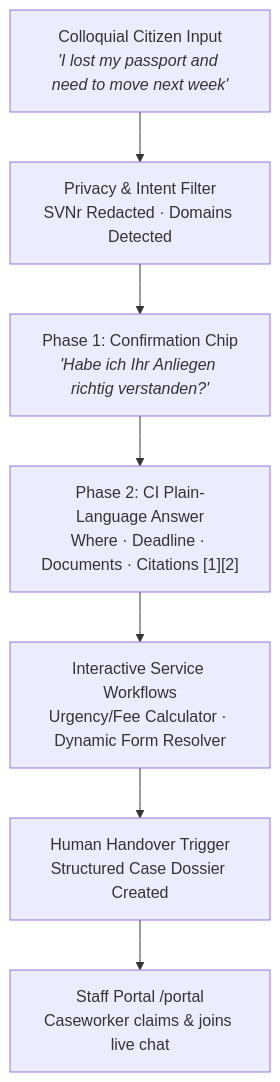
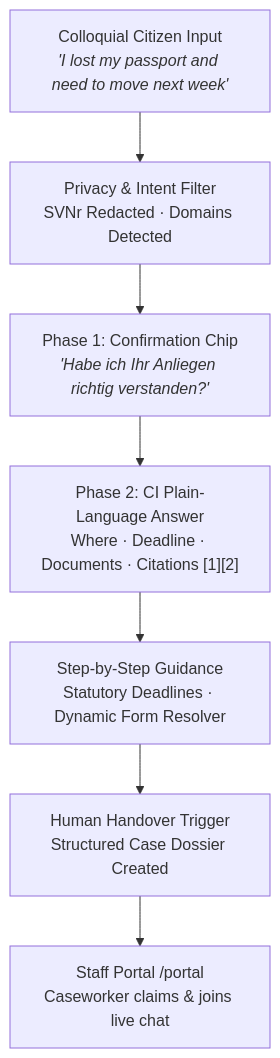
The diagram in readme.md (goigarg/competent), drawn with Mermaid before and after one commit. The commit also changed other lines of this file, not shown here.

Commit message:
docs: reframe as universal public service assistant across all domains

````diff
--- a/readme.md
+++ b/readme.md
@@ -40,9 +40,9 @@
 ```mermaid
 graph TD
     A["Colloquial Citizen Input<br/><i>'I lost my passport and need to move next week'</i>"] --> B["Privacy & Intent Filter<br/>SVNr Redacted · Domains Detected"]
     B --> C["Phase 1: Confirmation Chip<br/><i>'Habe ich Ihr Anliegen richtig verstanden?'</i>"]
     C --> D["Phase 2: CI Plain-Language Answer<br/>Where · Deadline · Documents · Citations [1][2]"]
-    D --> E["Interactive Service Workflows<br/>Urgency/Fee Calculator · Dynamic Form Resolver"]
+    D --> E["Step-by-Step Guidance<br/>Statutory Deadlines · Dynamic Form Resolver"]
     E --> F["Human Handover Trigger<br/>Structured Case Dossier Created"]
     F --> G["Staff Portal /portal<br/>Caseworker claims & joins live chat"]
 ```
````
